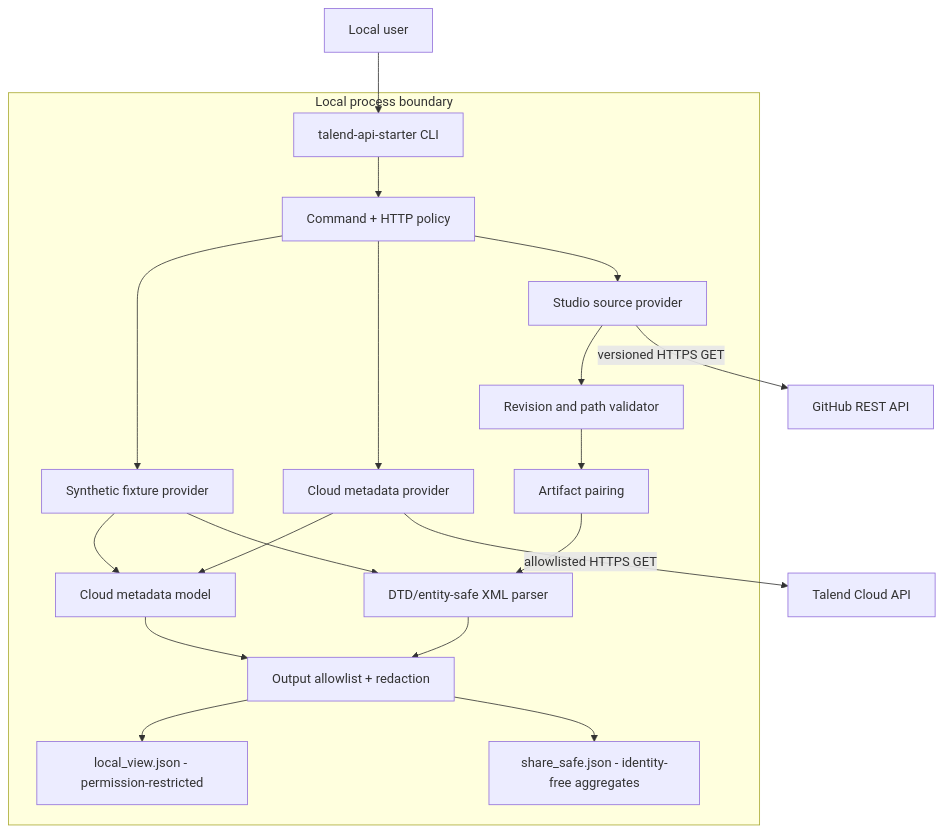
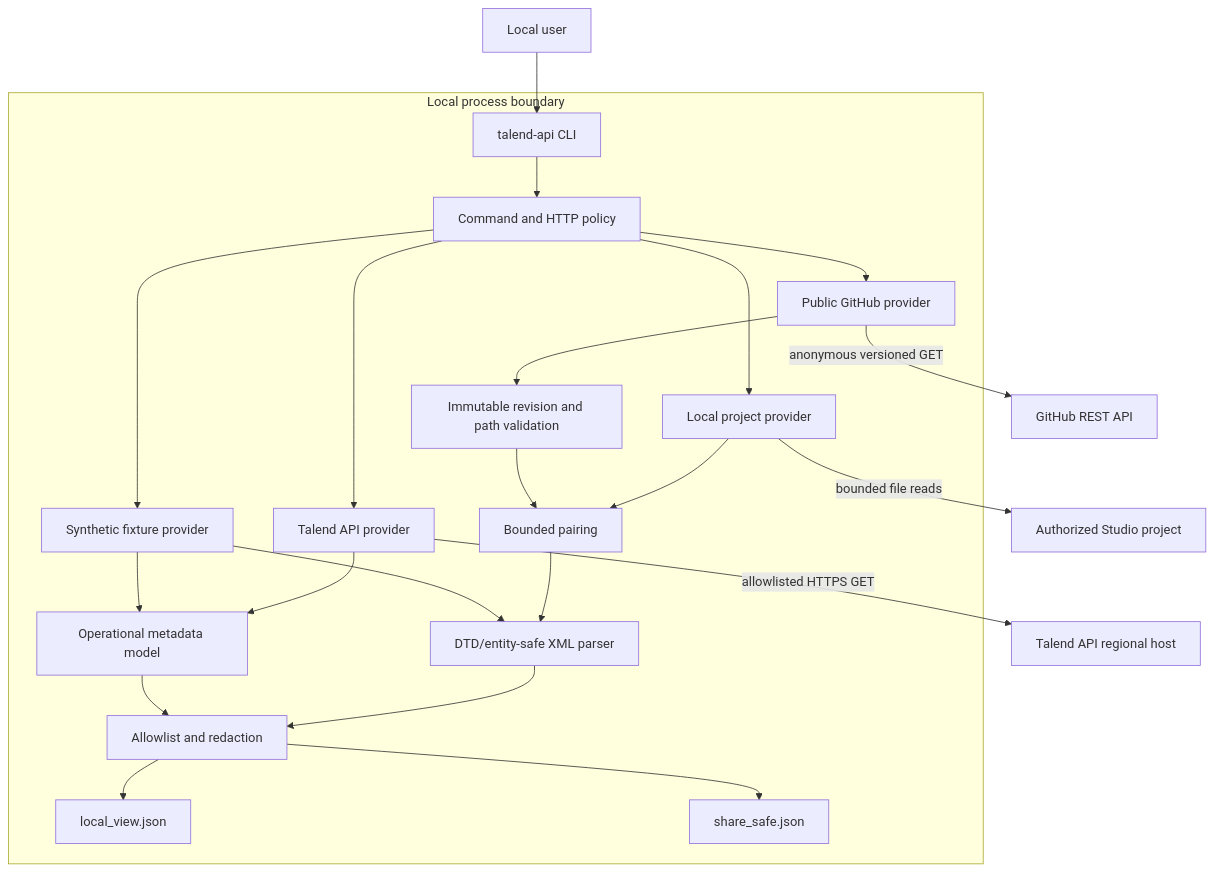
One commit to emrekaany/talend-cloud-github-api-starter changed the first of 4 diagrams in docs/architecture.md. Above: the diagram before and after it, drawn with Mermaid. The commit also changed other lines of this file and 44 other files, not shown here.

Commit message:
feat: release Talend API and GitHub API CLI v0.2

````diff
--- a/docs/architecture.md
+++ b/docs/architecture.md
@@ -7,24 +9,27 @@
 ```mermaid
 flowchart TB
-    USER["Local user"] --> CLI["talend-api-starter CLI"]
+    USER["Local user"] --> CLI["talend-api CLI"]
 
-    subgraph LOCAL["Local process boundary"]
-        CLI --> POLICY["Command + HTTP policy"]
+    subgraph PROCESS["Local process boundary"]
+        CLI --> POLICY["Command and HTTP policy"]
         POLICY --> DEMO["Synthetic fixture provider"]
-        POLICY --> CLOUDP["Cloud metadata provider"]
-        POLICY --> SOURCEP["Studio source provider"]
-        SOURCEP --> REV["Revision and path validator"]
-        REV --> PAIR["Artifact pairing"]
+        POLICY --> LOCALP["Local project provider"]
+        POLICY --> GHP["Public GitHub provider"]
+        POLICY --> TALENDP["Talend API provider"]
+        LOCALP --> PAIR["Bounded pairing"]
+        GHP --> REV["Immutable revision and path validation"]
+        REV --> PAIR
         PAIR --> PARSER["DTD/entity-safe XML parser"]
-        CLOUDP --> CLOUDMODEL["Cloud metadata model"]
-        DEMO --> CLOUDMODEL
+        TALENDP --> APIMODEL["Operational metadata model"]
         DEMO --> PARSER
-        CLOUDMODEL --> OUTPUT["Output allowlist + redaction"]
-        PARSER --> OUTPUT
-        OUTPUT --> LOCALVIEW["local_view.json - permission-restricted"]
-        OUTPUT --> SHARESAFE["share_safe.json - identity-free aggregates"]
+        DEMO --> APIMODEL
+        PARSER --> OUTPUT["Allowlist and redaction"]
+        APIMODEL --> OUTPUT
+        OUTPUT --> LOCALVIEW["local_view.json"]
+        OUTPUT --> SHARESAFE["share_safe.json"]
     end
 
-    CLOUDP -->|"allowlisted HTTPS GET"| TC["Talend Cloud API"]
-    SOURCEP -->|"versioned HTTPS GET"| GH["GitHub REST API"]
+    LOCALP -->|"bounded file reads"| PROJECT["Authorized Studio project"]
+    GHP -->|"anonymous versioned GET"| GH["GitHub REST API"]
+    TALENDP -->|"allowlisted HTTPS GET"| API["Talend API regional host"]
 ```
````
